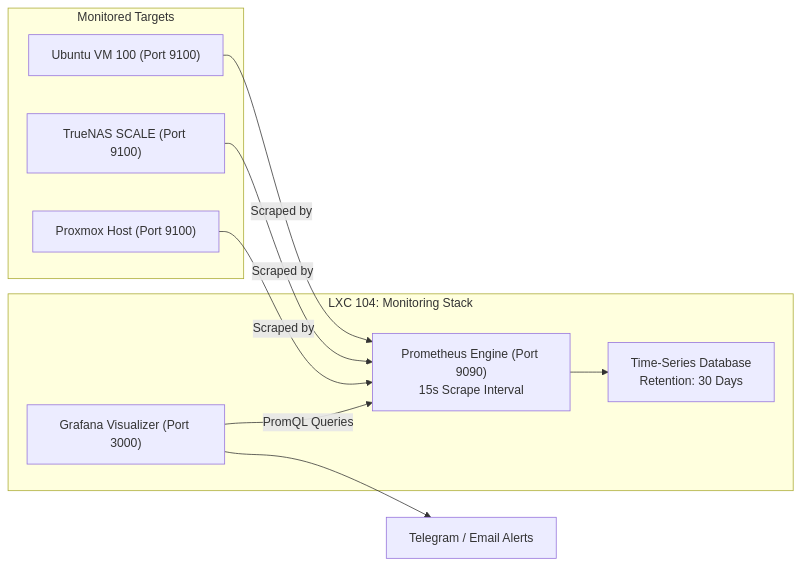
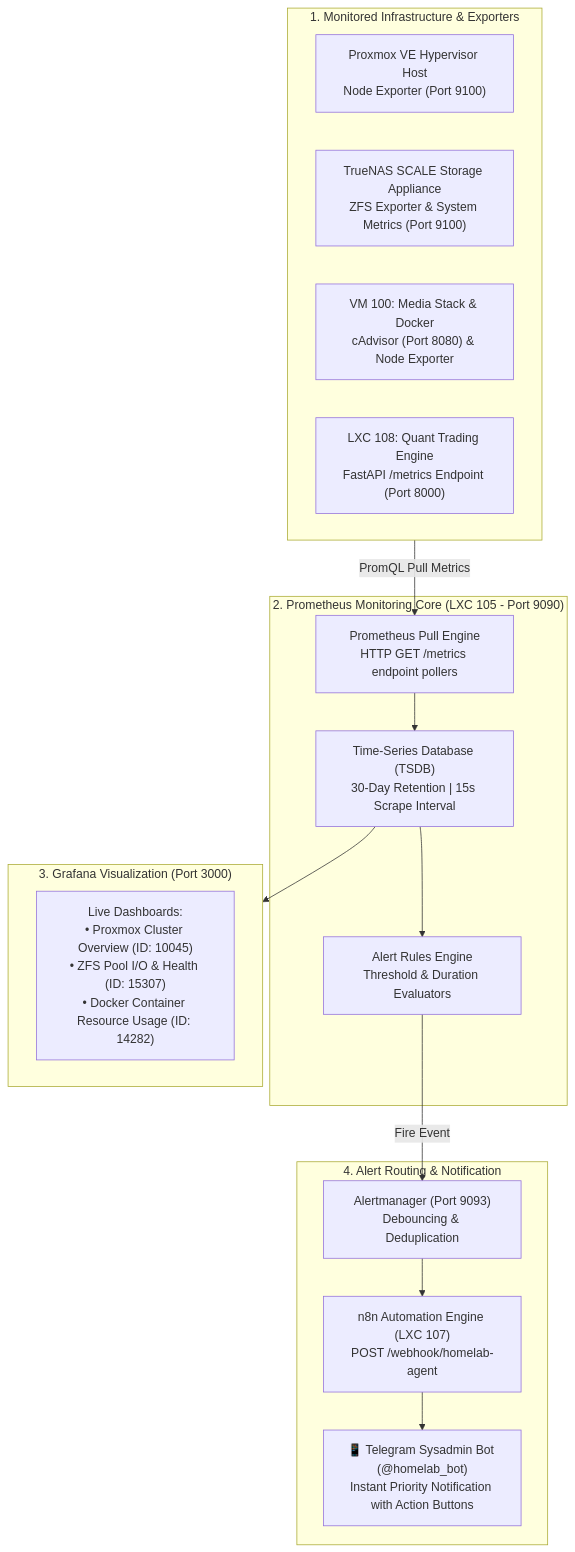
The diagram in services/monitoring-prometheus-grafana/README.md (nishilshah/homelab-blueprints), drawn with Mermaid before and after one commit. The commit also changed other lines of this file and 12 other files, not shown here.

Commit message:
docs: enrich all service blueprints with deep architecture, cross-service linkages, and decision rationale

````diff
--- a/services/monitoring-prometheus-grafana/README.md
+++ b/services/monitoring-prometheus-grafana/README.md
@@ -24,23 +27,34 @@
 ```mermaid
-flowchart LR
-    subgraph Targets ["Monitored Targets"]
-        PVE["Proxmox Host (Port 9100)"]
-        TrueNAS["TrueNAS SCALE (Port 9100)"]
-        DockerHost["Ubuntu VM 100 (Port 9100)"]
+flowchart TD
+    subgraph Targets ["1. Monitored Infrastructure & Exporters"]
+        PVE["Proxmox VE Hypervisor Host<br/>Node Exporter (Port 9100)"]
+        NAS["TrueNAS SCALE Storage Appliance<br/>ZFS Exporter & System Metrics (Port 9100)"]
+        DockerVM["VM 100: Media Stack & Docker<br/>cAdvisor (Port 8080) & Node Exporter"]
+        Trading["LXC 108: Quant Trading Engine<br/>FastAPI /metrics Endpoint (Port 8000)"]
     end
 
-    subgraph MonitoringLXC ["LXC 104: Monitoring Stack"]
-        Prom["Prometheus Engine (Port 9090)<br/>15s Scrape Interval"]
-        TSDB["Time-Series Database<br/>Retention: 30 Days"]
-        Grafana["Grafana Visualizer (Port 3000)"]
+    subgraph PrometheusCore ["2. Prometheus Monitoring Core (LXC 105 - Port 9090)"]
+        TSDB["Time-Series Database (TSDB)<br/>30-Day Retention | 15s Scrape Interval"]
+        ScrapeEngine["Prometheus Pull Engine<br/>HTTP GET /metrics endpoint pollers"]
+        Rules["Alert Rules Engine<br/>Threshold & Duration Evaluators"]
         
-        Prom --> TSDB
-        Grafana -->|PromQL Queries| Prom
+        ScrapeEngine --> TSDB
+        TSDB --> Rules
     end
 
-    PVE -->|Scraped by| Prom
-    TrueNAS -->|Scraped by| Prom
-    DockerHost -->|Scraped by| Prom
+    Targets -->|PromQL Pull Metrics| ScrapeEngine
 
-    Grafana --> Alerts["Telegram / Email Alerts"]
+    subgraph Visualization ["3. Grafana Visualization (Port 3000)"]
+        Dashboards["Live Dashboards:<br/>• Proxmox Cluster Overview (ID: 10045)<br/>• ZFS Pool I/O & Health (ID: 15307)<br/>• Docker Container Resource Usage (ID: 14282)"]
+    end
+
+    TSDB --> Visualization
+
+    subgraph AlertPipeline ["4. Alert Routing & Notification"]
+        AM["Alertmanager (Port 9093)<br/>Debouncing & Deduplication"]
+        n8n["n8n Automation Engine (LXC 107)<br/>POST /webhook/homelab-agent"]
+        Telegram["📱 Telegram Sysadmin Bot (@homelab_bot)<br/>Instant Priority Notification with Action Buttons"]
+        
+        Rules -->|Fire Event| AM --> n8n --> Telegram
+    end
 ```
````
